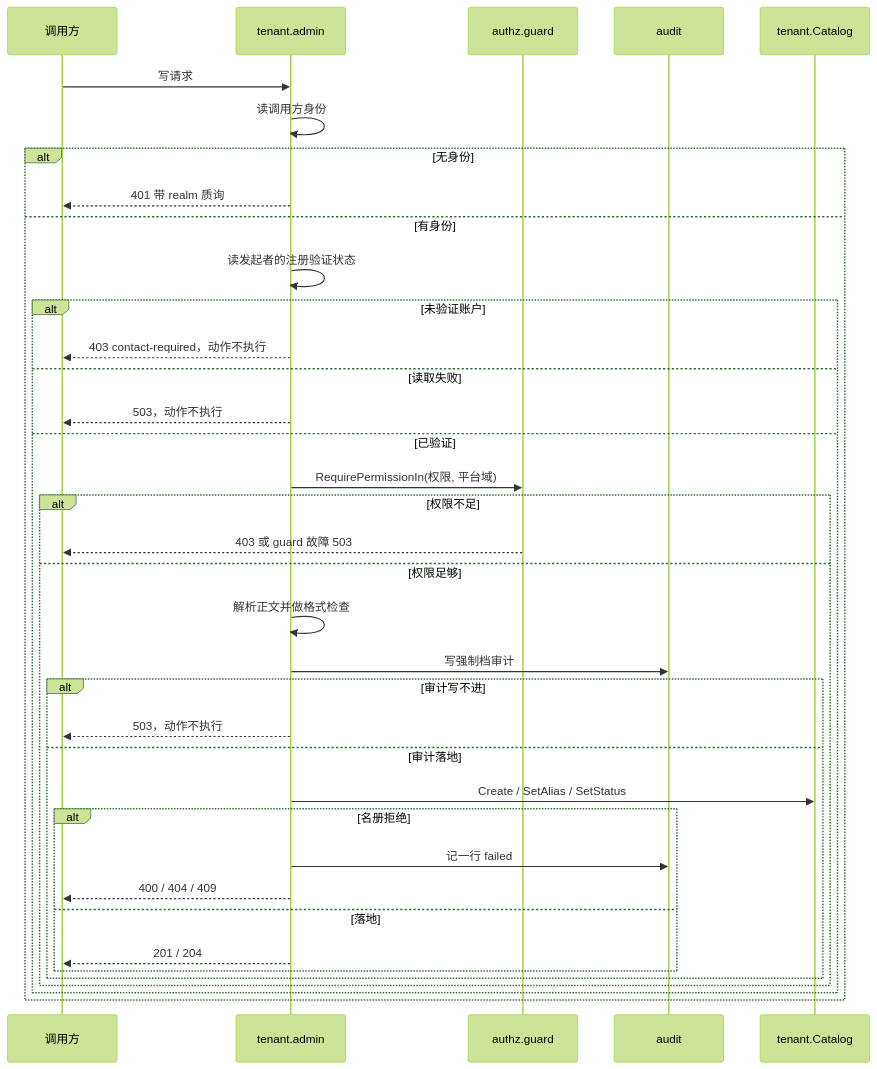
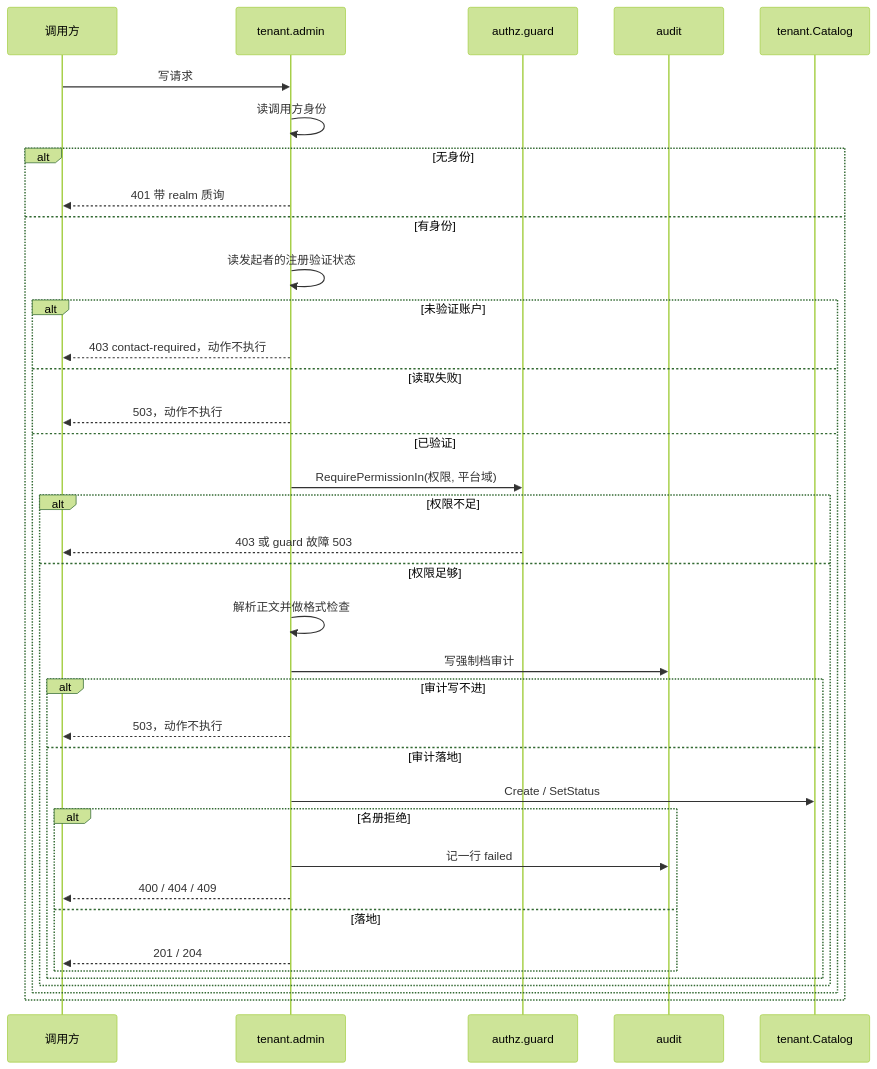
The diagram in docs/design/modules/tenant/design-tenant-admin.md (wangzw/speed), drawn with Mermaid (forest theme) before and after one commit. The commit also changed other lines of this file and 22 other files, not shown here.

````diff
--- a/docs/design/modules/tenant/design-tenant-admin.md
+++ b/docs/design/modules/tenant/design-tenant-admin.md
@@ -117,39 +117,39 @@
 ```mermaid
 sequenceDiagram
     participant C as 调用方
     participant H as tenant.admin
     participant G as authz.guard
     participant A as audit
     participant R as tenant.Catalog
     C->>H: 写请求
     H->>H: 读调用方身份
     alt 无身份
         H-->>C: 401 带 realm 质询
     else 有身份
         H->>H: 读发起者的注册验证状态
         alt 未验证账户
             H-->>C: 403 contact-required，动作不执行
         else 读取失败
             H-->>C: 503，动作不执行
         else 已验证
             H->>G: RequirePermissionIn(权限, 平台域)
             alt 权限不足
                 G-->>C: 403 或 guard 故障 503
             else 权限足够
                 H->>H: 解析正文并做格式检查
                 H->>A: 写强制档审计
                 alt 审计写不进
                     H-->>C: 503，动作不执行
                 else 审计落地
-                    H->>R: Create / SetAlias / SetStatus
+                    H->>R: Create / SetStatus
                     alt 名册拒绝
                         H->>A: 记一行 failed
                         H-->>C: 400 / 404 / 409
                     else 落地
                         H-->>C: 201 / 204
                     end
                 end
             end
         end
     end
 ```
````
